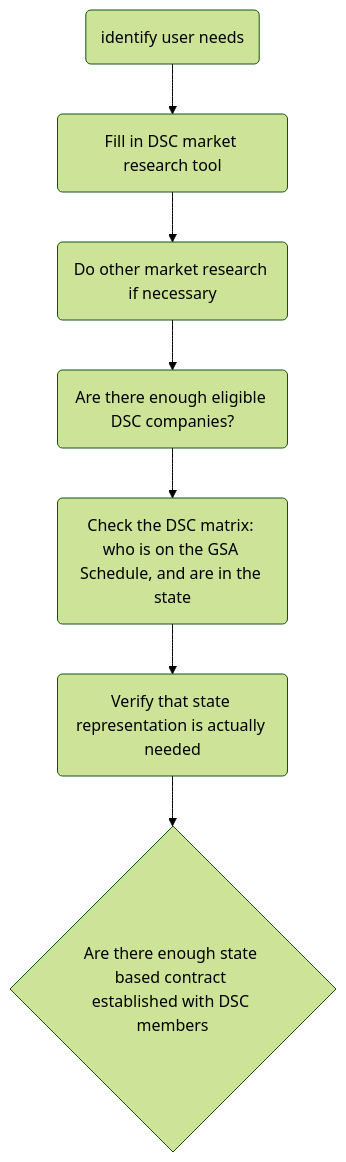
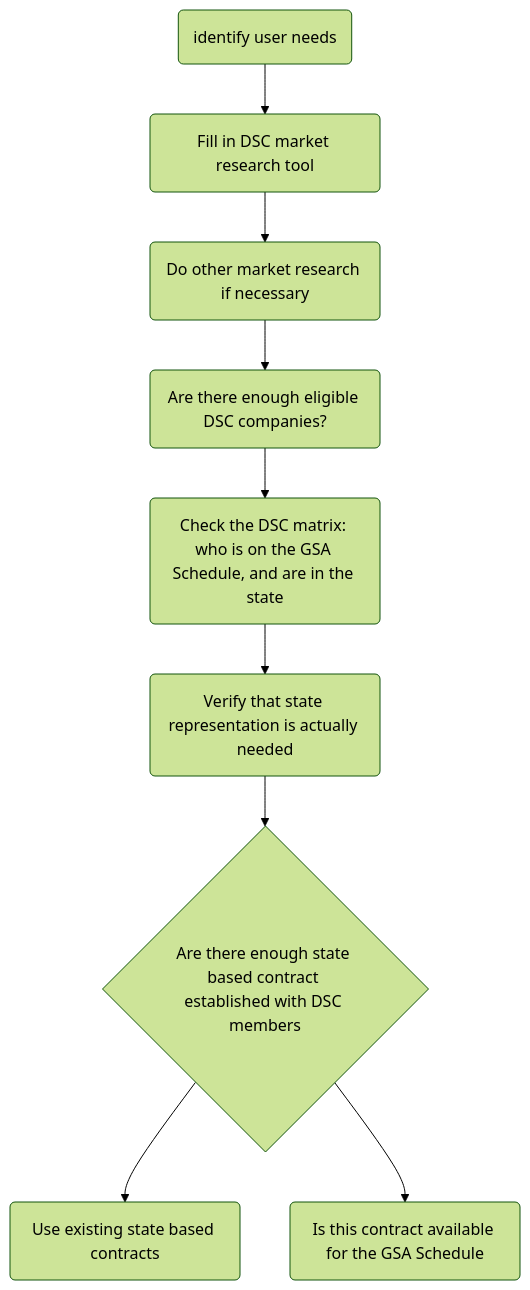
One commit to mgifford/mermaid-graphs changed the diagram in dsc-decision-tree.md. Above: the diagram before and after it, drawn with Mermaid (forest theme).

````diff
--- a/dsc-decision-tree.md
+++ b/dsc-decision-tree.md
@@ -3,11 +3,14 @@
 ```mermaid
 graph TD
     UserNeeds(identify user needs)-->DSC_MR(Fill in DSC market research tool);
     DSC_MR-->More_MR(Do other market research if necessary);
 
     More_MR-->CompanyPool(Are there enough eligible DSC companies?);
     CompanyPool-->DSC_Matrix(Check the DSC matrix: who is on the GSA Schedule, and are in the state);
 
     DSC_Matrix-->StateRepresentation(Verify that state representation is actually needed);
     StateRepresentation-->DSC_InState{Are there enough state based contract established with DSC members};
+
+    DSC_InState-->UseStateContract(Use existing state based contracts);
+    DSC_InState-->Eligible4GSA_Schedule(Is this contract available for the GSA Schedule);
 ```
````
